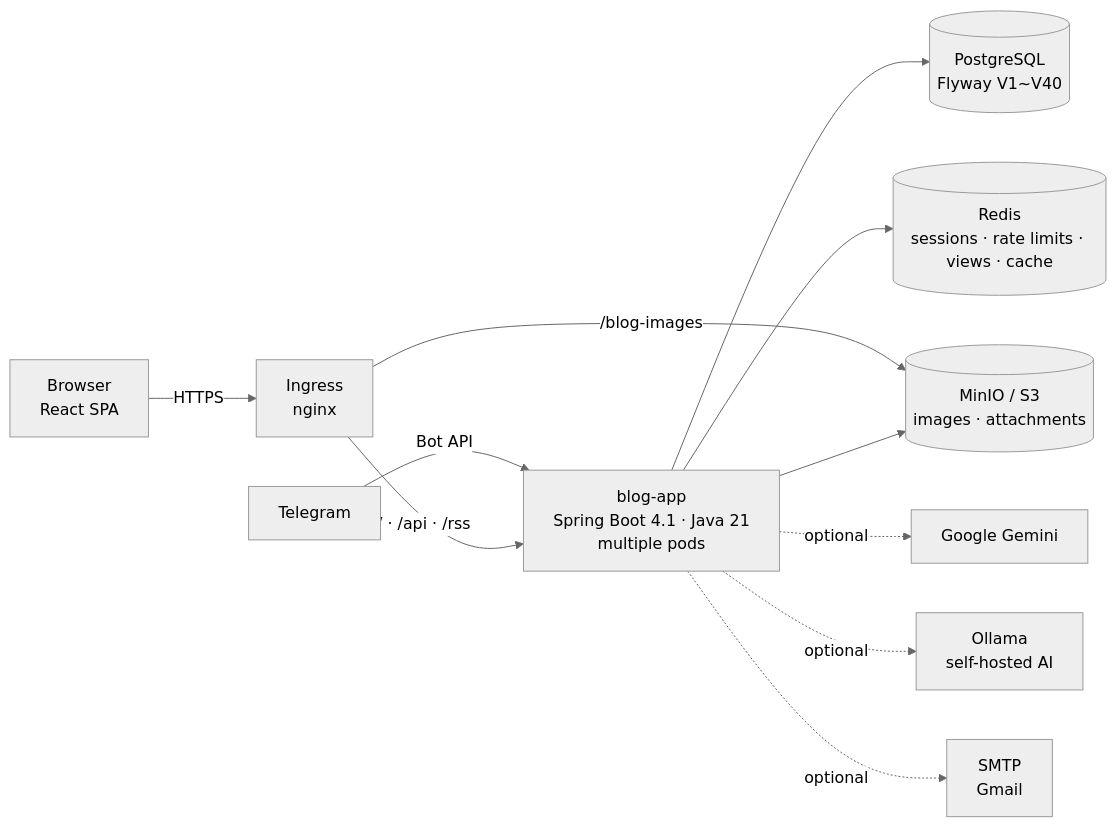
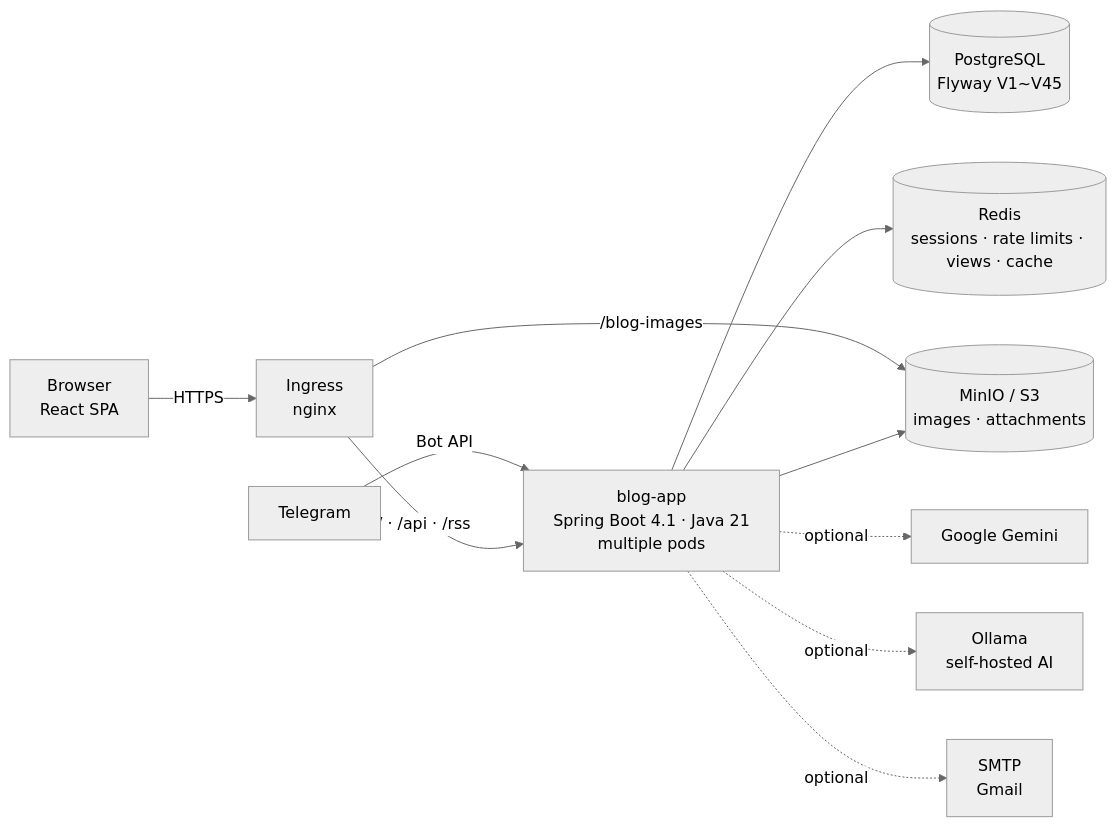
Before and after one commit to AIGJ-01-002-blog/devlog: the first of 3 diagrams in README.en.md, drawn with Mermaid (neutral theme). The commit also changed other lines of this file and 3 other files, not shown here.

````diff
--- a/README.en.md
+++ b/README.en.md
@@ -151,13 +151,13 @@
 ```mermaid
 flowchart LR
     B[Browser<br/>React SPA] -->|HTTPS| I[Ingress<br/>nginx]
     T[Telegram] -->|Bot API| A
     I -->|/ · /api · /rss| A[blog-app<br/>Spring Boot 4.1 · Java 21<br/>multiple pods]
     I -->|/blog-images| M[(MinIO / S3<br/>images · attachments)]
-    A --> P[(PostgreSQL<br/>Flyway V1~V40)]
+    A --> P[(PostgreSQL<br/>Flyway V1~V45)]
     A --> R[(Redis<br/>sessions · rate limits · views · cache)]
     A --> M
     A -.optional.-> G[Google Gemini]
     A -.optional.-> O[Ollama<br/>self-hosted AI]
     A -.optional.-> S[SMTP<br/>Gmail]
 ```
````
